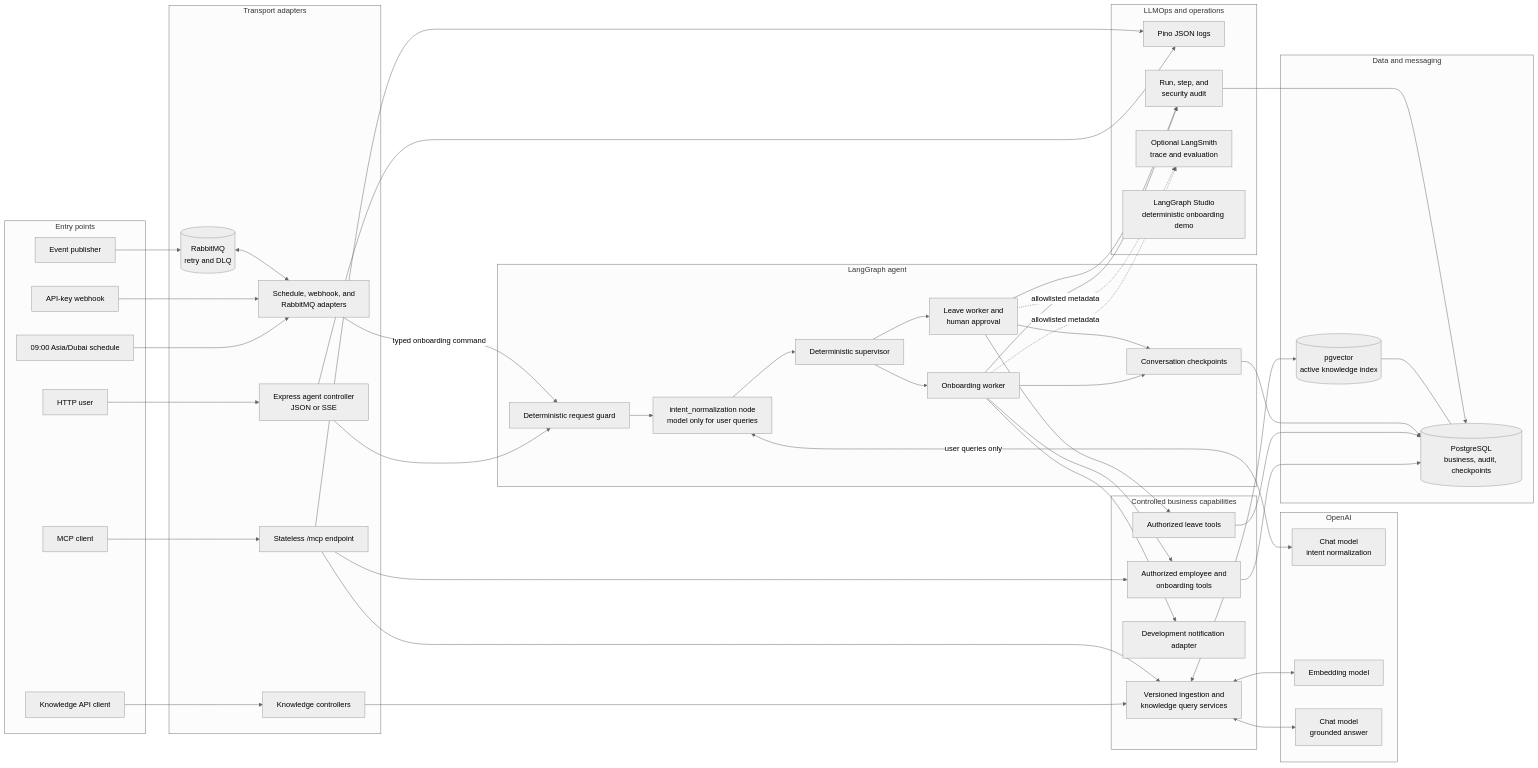
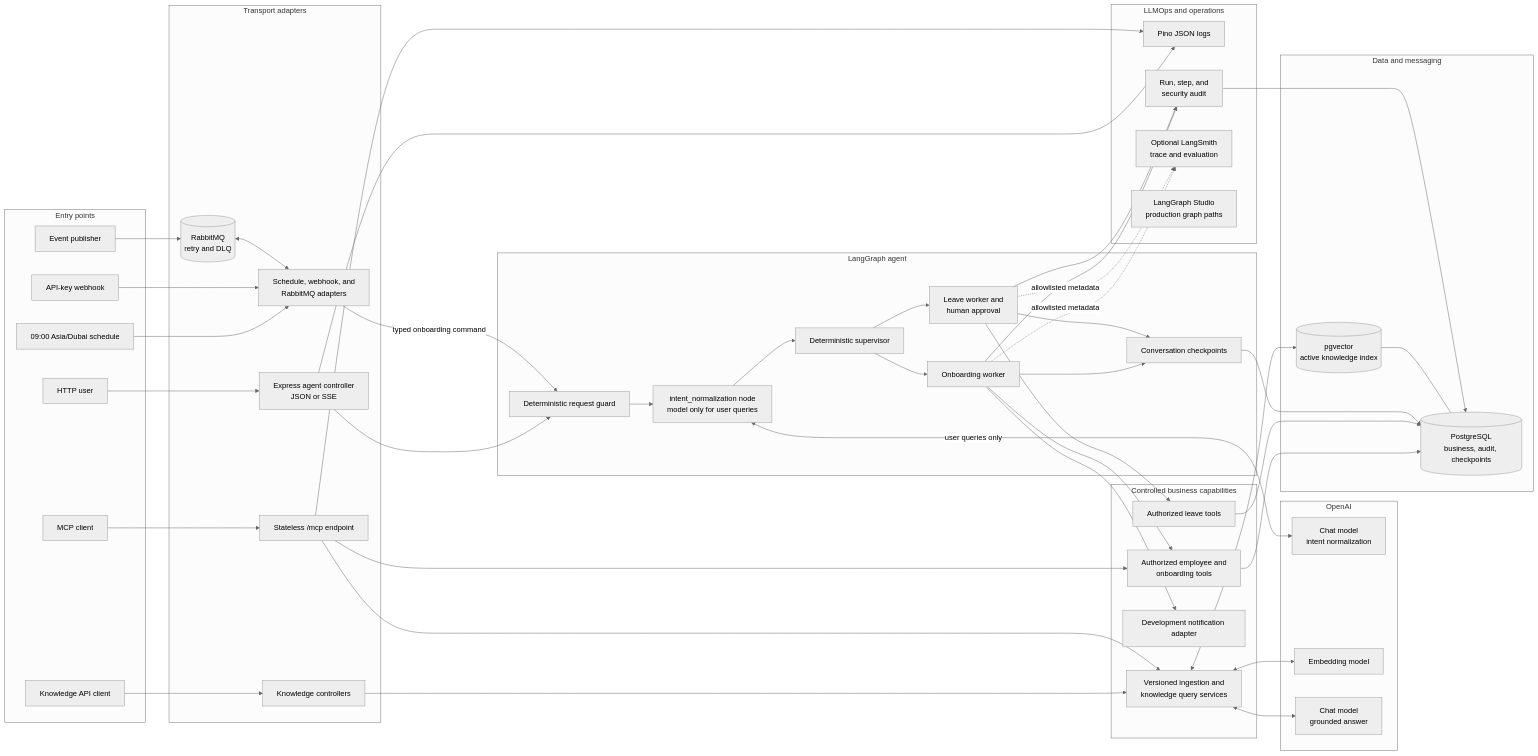
The first of 5 diagrams in README.md (ramioooz/hcm-agentic-llmops), drawn with Mermaid (neutral theme) before and after one commit. The commit also changed other lines of this file and 9 other files, not shown here.

Commit message:
feat: visualize production graph paths in Studio

```diff
--- a/README.md
+++ b/README.md
@@ -96,7 +96,7 @@
         Pino["Pino JSON logs"]
         Audit["Run, step, and<br/>security audit"]
         LangSmith["Optional LangSmith<br/>trace and evaluation"]
-        Studio["LangGraph Studio<br/>deterministic onboarding demo"]
+        Studio["LangGraph Studio<br/>production graph paths"]
     end
 
     User --> AgentApi
```
